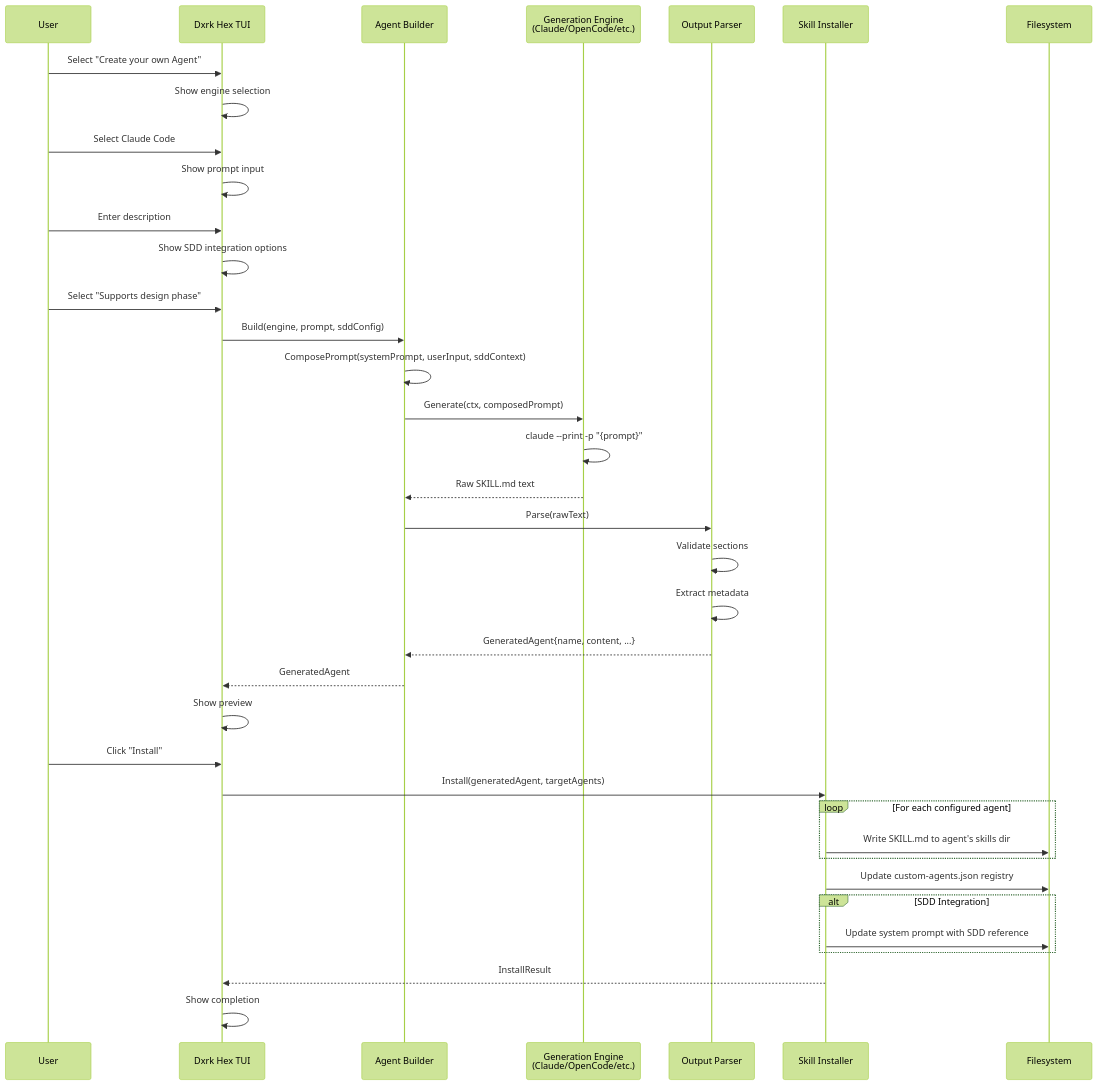
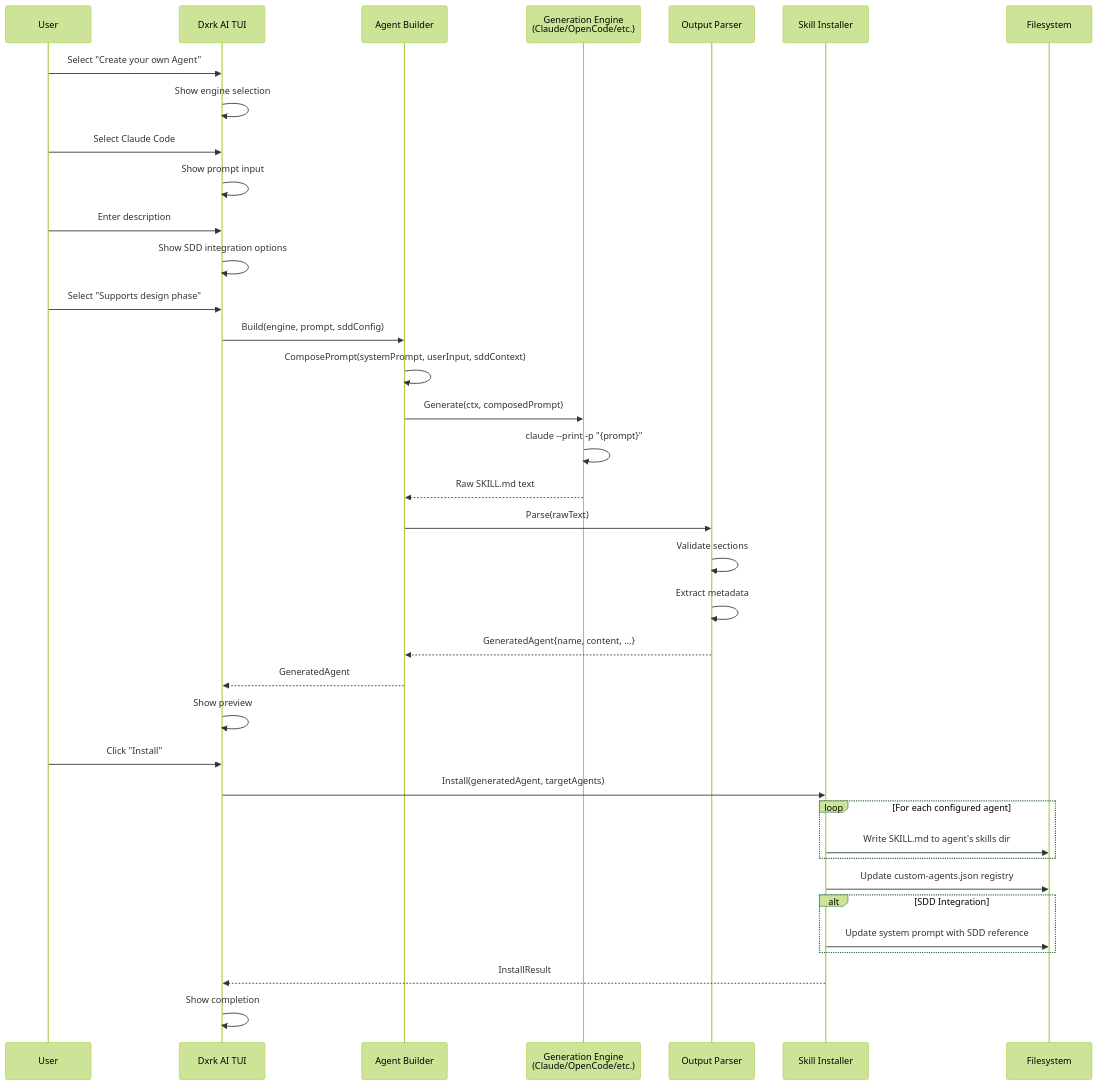
Before and after one commit to Dxrk777/Dxrk-AI: the first of 2 diagrams in PRD-AGENT-BUILDER.md, drawn with Mermaid (forest theme). The commit also changed 39 other files, not shown here.

First line of the commit message:
refactor: rename Dxrk Hex → Dxrk AI

````diff
--- a/PRD-AGENT-BUILDER.md
+++ b/PRD-AGENT-BUILDER.md
@@ -610,48 +610,48 @@
 ```mermaid
 sequenceDiagram
     participant User
-    participant TUI as Dxrk Hex TUI
+    participant TUI as Dxrk AI TUI
     participant Builder as Agent Builder
     participant Engine as Generation Engine<br/>(Claude/OpenCode/etc.)
     participant Parser as Output Parser
     participant Installer as Skill Installer
     participant FS as Filesystem
 
     User->>TUI: Select "Create your own Agent"
     TUI->>TUI: Show engine selection
     User->>TUI: Select Claude Code
     TUI->>TUI: Show prompt input
     User->>TUI: Enter description
     TUI->>TUI: Show SDD integration options
     User->>TUI: Select "Supports design phase"
 
     TUI->>Builder: Build(engine, prompt, sddConfig)
     Builder->>Builder: ComposePrompt(systemPrompt, userInput, sddContext)
     Builder->>Engine: Generate(ctx, composedPrompt)
     Engine->>Engine: claude --print -p "{prompt}"
     Engine-->>Builder: Raw SKILL.md text
 
     Builder->>Parser: Parse(rawText)
     Parser->>Parser: Validate sections
     Parser->>Parser: Extract metadata
     Parser-->>Builder: GeneratedAgent{name, content, ...}
 
     Builder-->>TUI: GeneratedAgent
     TUI->>TUI: Show preview
 
     User->>TUI: Click "Install"
     TUI->>Installer: Install(generatedAgent, targetAgents)
     
     loop For each configured agent
         Installer->>FS: Write SKILL.md to agent's skills dir
     end
     
     Installer->>FS: Update custom-agents.json registry
     
     alt SDD Integration
         Installer->>FS: Update system prompt with SDD reference
     end
 
     Installer-->>TUI: InstallResult
     TUI->>TUI: Show completion
 ```
````
